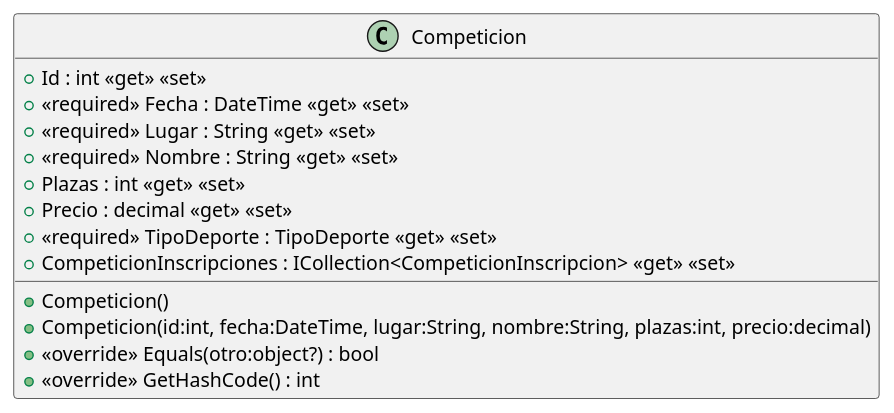
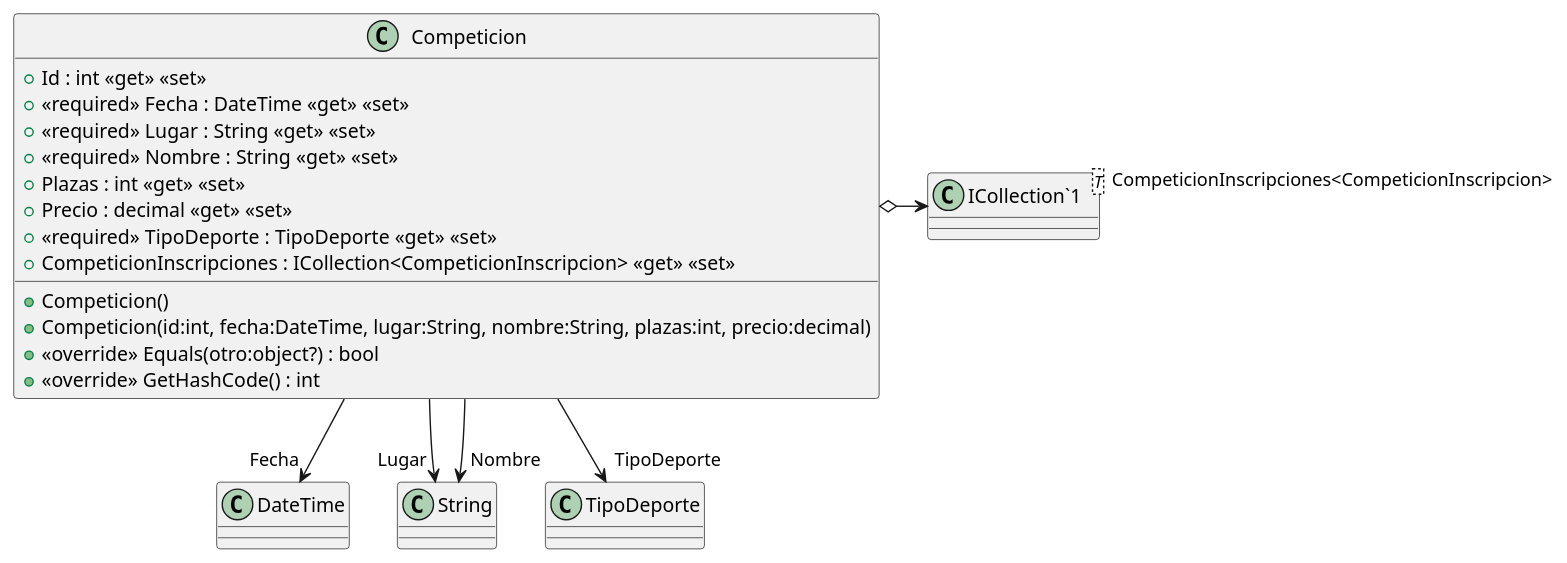
The diagram in src/AppForSEII.API/ClassDiagram/Competicion.puml (GrupoSixSeven/ISII2627GrupoSixSeven), drawn with PlantUML before and after one commit. The commit also changed 13 other files, not shown here.

First line of the commit message:
Crear diagrama CU-3 (T-29)

```diff
--- a/src/AppForSEII.API/ClassDiagram/Competicion.puml
+++ b/src/AppForSEII.API/ClassDiagram/Competicion.puml
@@ -1,16 +1,23 @@
 @startuml
 class Competicion {
     + Id : int <<get>> <<set>>
     + <<required>> Fecha : DateTime <<get>> <<set>>
     + <<required>> Lugar : String <<get>> <<set>>
     + <<required>> Nombre : String <<get>> <<set>>
     + Plazas : int <<get>> <<set>>
     + Precio : decimal <<get>> <<set>>
     + <<required>> TipoDeporte : TipoDeporte <<get>> <<set>>
     + CompeticionInscripciones : ICollection<CompeticionInscripcion> <<get>> <<set>>
     + Competicion()
     + Competicion(id:int, fecha:DateTime, lugar:String, nombre:String, plazas:int, precio:decimal)
     + <<override>> Equals(otro:object?) : bool
     + <<override>> GetHashCode() : int
 }
+class "ICollection`1"<T> {
+}
+Competicion --> "Fecha" DateTime
+Competicion --> "Lugar" String
+Competicion --> "Nombre" String
+Competicion --> "TipoDeporte" TipoDeporte
+Competicion o-> "CompeticionInscripciones<CompeticionInscripcion>" "ICollection`1"
 @enduml
```
